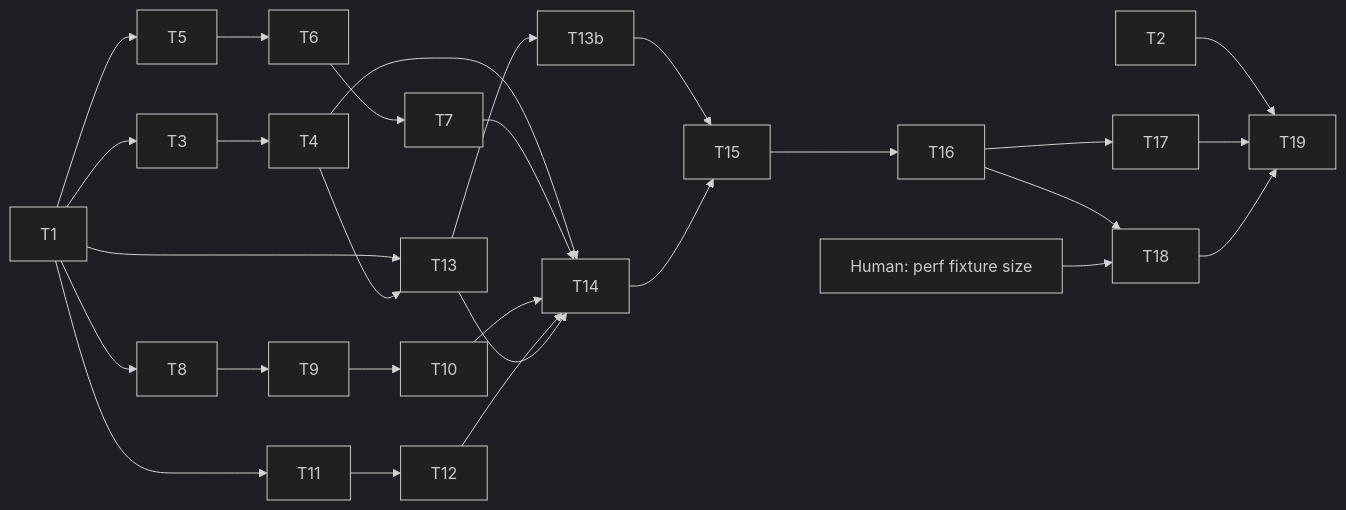
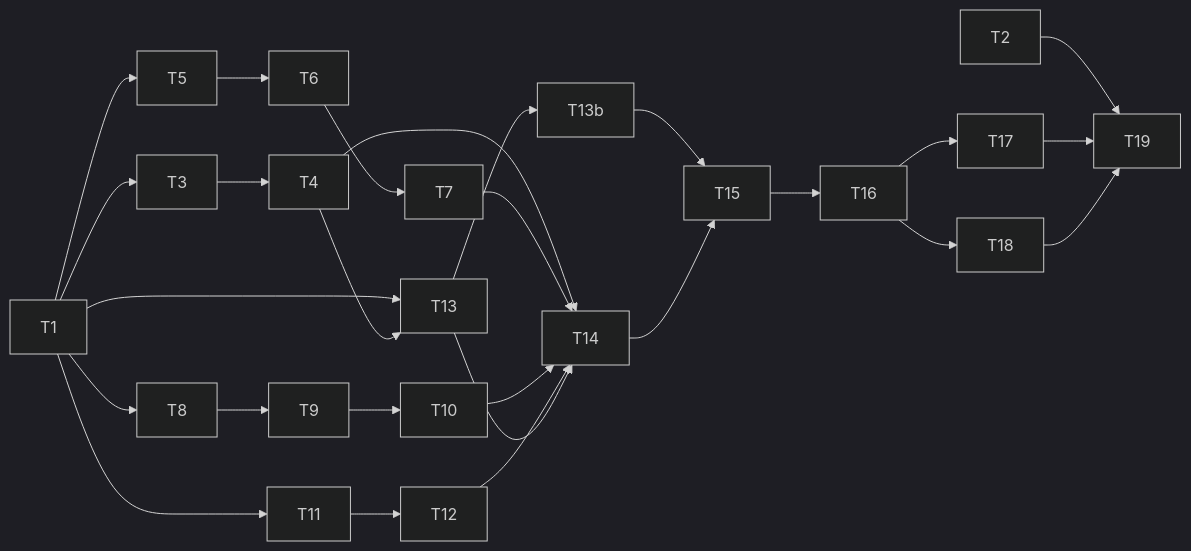
Before and after one commit to paggybansal/agentic-sdlc-docsync: the diagram in docs/04-impl-plan.md, drawn with Mermaid (dark theme). The commit also changed other lines of this file, not shown here.

````diff
--- a/docs/04-impl-plan.md
+++ b/docs/04-impl-plan.md
@@ -74,30 +74,29 @@
 ```mermaid
 flowchart LR
     T1 --> T3
     T3 --> T4
     T1 --> T5
     T5 --> T6
     T6 --> T7
     T1 --> T8
     T8 --> T9
     T9 --> T10
     T1 --> T11
     T11 --> T12
     T1 --> T13
     T4 --> T13
     T4 --> T14
     T7 --> T14
     T10 --> T14
     T12 --> T14
     T13 --> T14
     T13 --> T13b
     T13b --> T15
     T14 --> T15
     T15 --> T16
     T16 --> T17
     T16 --> T18
-    H[Human: perf fixture size] --> T18
     T2 --> T19
     T17 --> T19
     T18 --> T19
 ```
````
